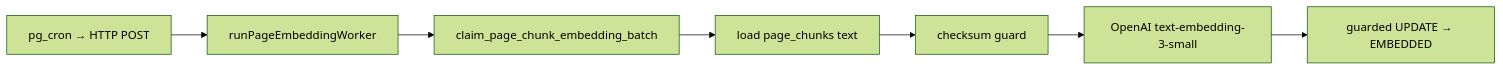
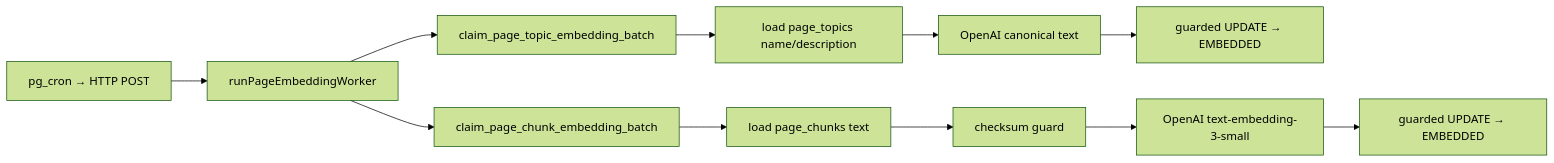
One commit to carlos-tamarind/tamarind-app changed the diagram in docs/semantic/page_embedding.md. Above: the diagram before and after it, drawn with Mermaid (forest theme). The commit also changed other lines of this file and 15 other files, not shown here.

Commit message:
page topic embeddings wired; 0.3.05

````diff
--- a/docs/semantic/page_embedding.md
+++ b/docs/semantic/page_embedding.md
@@ -9,9 +11,13 @@
 ```mermaid
 flowchart LR
   Cron["pg_cron → HTTP POST"] --> Worker["runPageEmbeddingWorker"]
+  Worker --> TopicClaim["claim_page_topic_embedding_batch"]
+  TopicClaim --> TopicLoad["load page_topics name/description"]
+  TopicLoad --> TopicEmbed["OpenAI canonical text"]
+  TopicEmbed --> TopicPersist["guarded UPDATE → EMBEDDED"]
   Worker --> Claim["claim_page_chunk_embedding_batch"]
   Claim --> Load["load page_chunks text"]
   Load --> Guard["checksum guard"]
   Guard --> Embed["OpenAI text-embedding-3-small"]
   Embed --> Persist["guarded UPDATE → EMBEDDED"]
 ```
````
